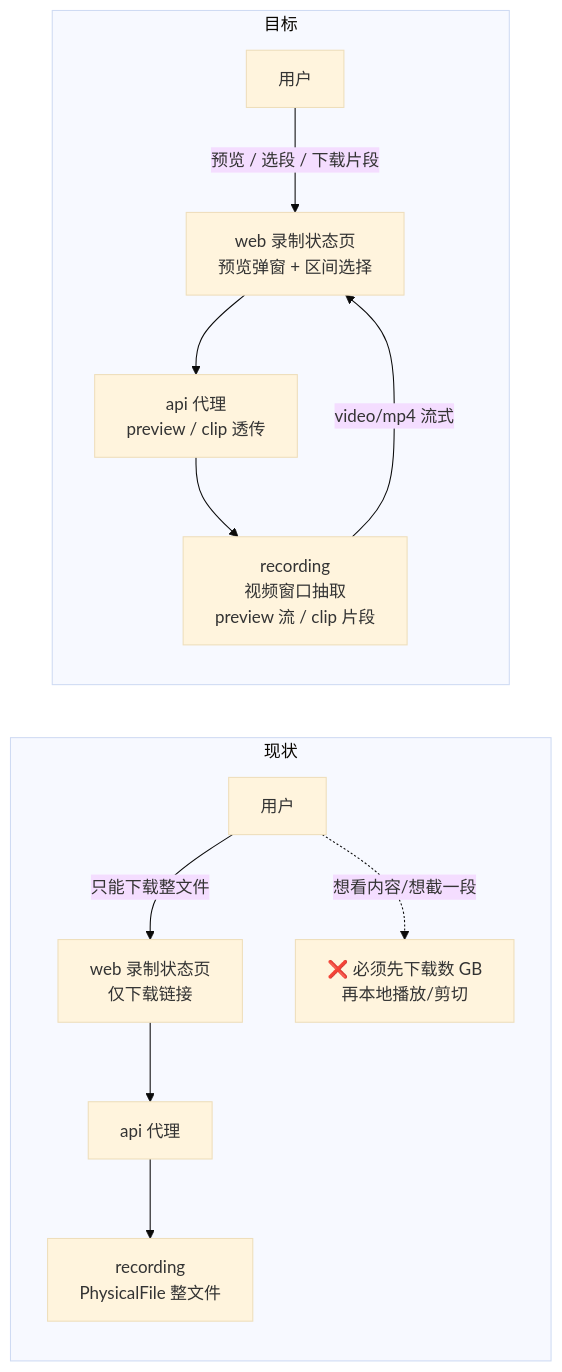
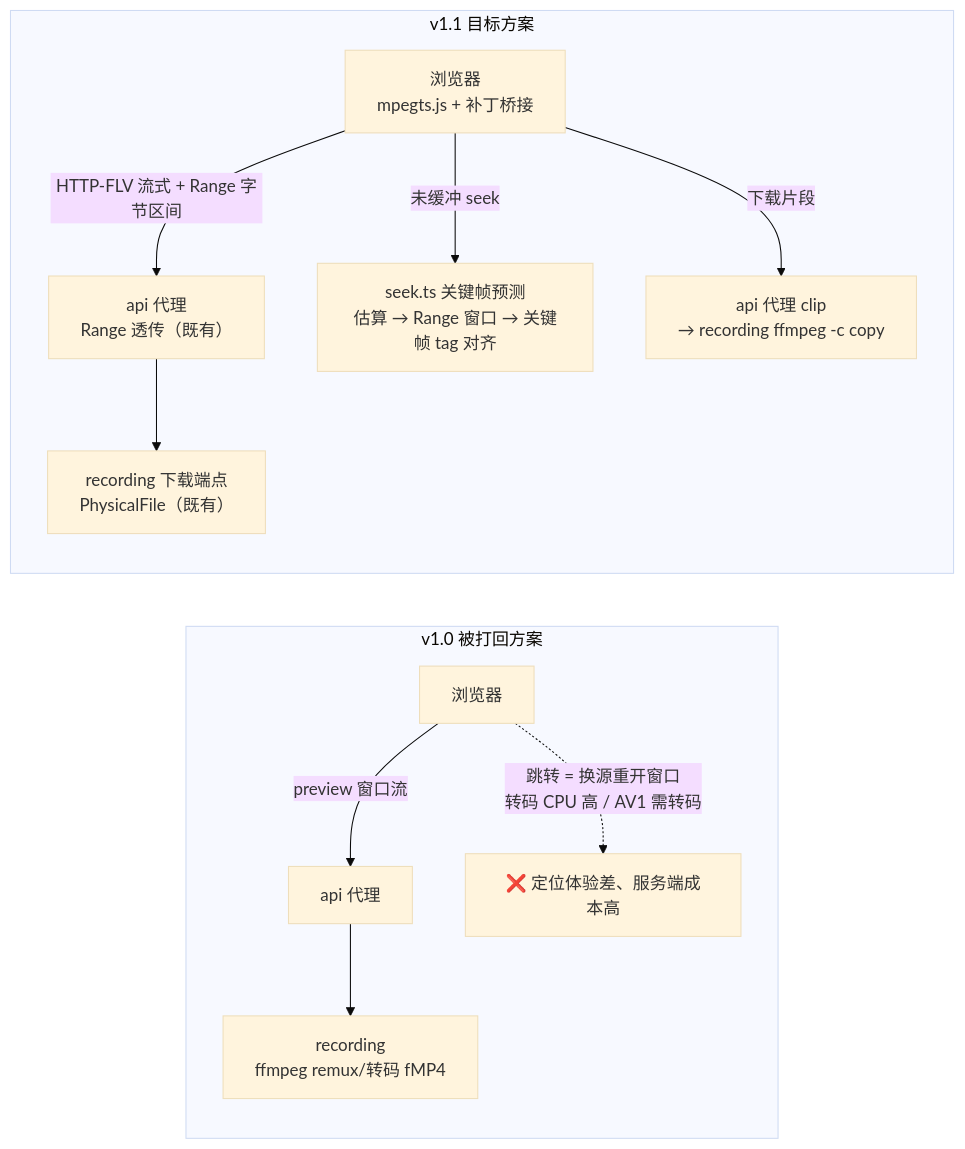
The first of 3 diagrams in docs/engineering/proposals/20261021-proposal-recording-preview-clip.md (Deliay/z-vtuber), drawn with Mermaid (base theme) before and after one commit. The commit also changed other lines of this file and 1 other file, not shown here.

Commit message:
docs(recording-preview-clip): 返工修订——预览定位播放改用 mpegts + 关键帧预测方案

````diff
--- a/docs/engineering/proposals/20261021-proposal-recording-preview-clip.md
+++ b/docs/engineering/proposals/20261021-proposal-recording-preview-clip.md
@@ -37,15 +47,14 @@
 ```mermaid
 graph LR
-    subgraph 现状
-        U1[用户] -->|只能下载整文件| W1[web 录制状态页<br/>仅下载链接]
-        W1 --> A1[api 代理]
-        A1 --> R1[recording<br/>PhysicalFile 整文件]
-        U1 -.->|想看内容/想截一段| X1[❌ 必须先下载数 GB<br/>再本地播放/剪切]
+    subgraph v1.0 被打回方案
+        U1[浏览器] -->|preview 窗口流| A1[api 代理]
+        A1 --> R1[recording<br/>ffmpeg remux/转码 fMP4]
+        U1 -.->|跳转 = 换源重开窗口<br/>转码 CPU 高 / AV1 需转码| X1[❌ 定位体验差、服务端成本高]
     end
-    subgraph 目标
-        U2[用户] -->|预览 / 选段 / 下载片段| W2[web 录制状态页<br/>预览弹窗 + 区间选择]
-        W2 --> A2[api 代理<br/>preview / clip 透传]
-        A2 --> R2[recording<br/>视频窗口抽取<br/>preview 流 / clip 片段]
-        R2 -->|video/mp4 流式| W2
+    subgraph v1.1 目标方案
+        U2[浏览器<br/>mpegts.js + 补丁桥接] -->|HTTP-FLV 流式 + Range 字节区间| A2[api 代理<br/>Range 透传（既有）]
+        A2 --> R2[recording 下载端点<br/>PhysicalFile（既有）]
+        U2 -->|未缓冲 seek| S2[seek.ts 关键帧预测<br/>估算 → Range 窗口 → 关键帧 tag 对齐]
+        U2 -->|下载片段| C2[api 代理 clip<br/>→ recording ffmpeg -c copy]
     end
 ```
````
